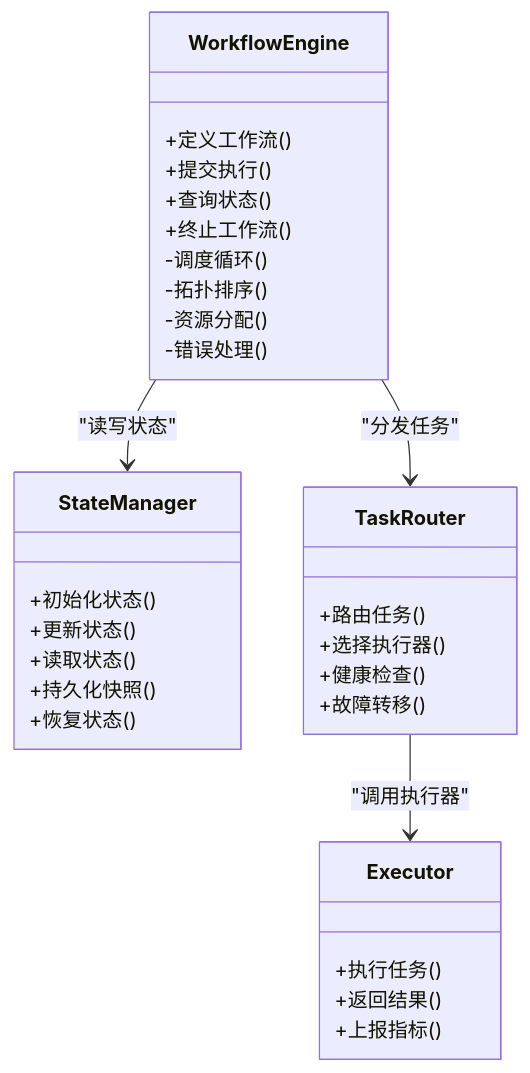
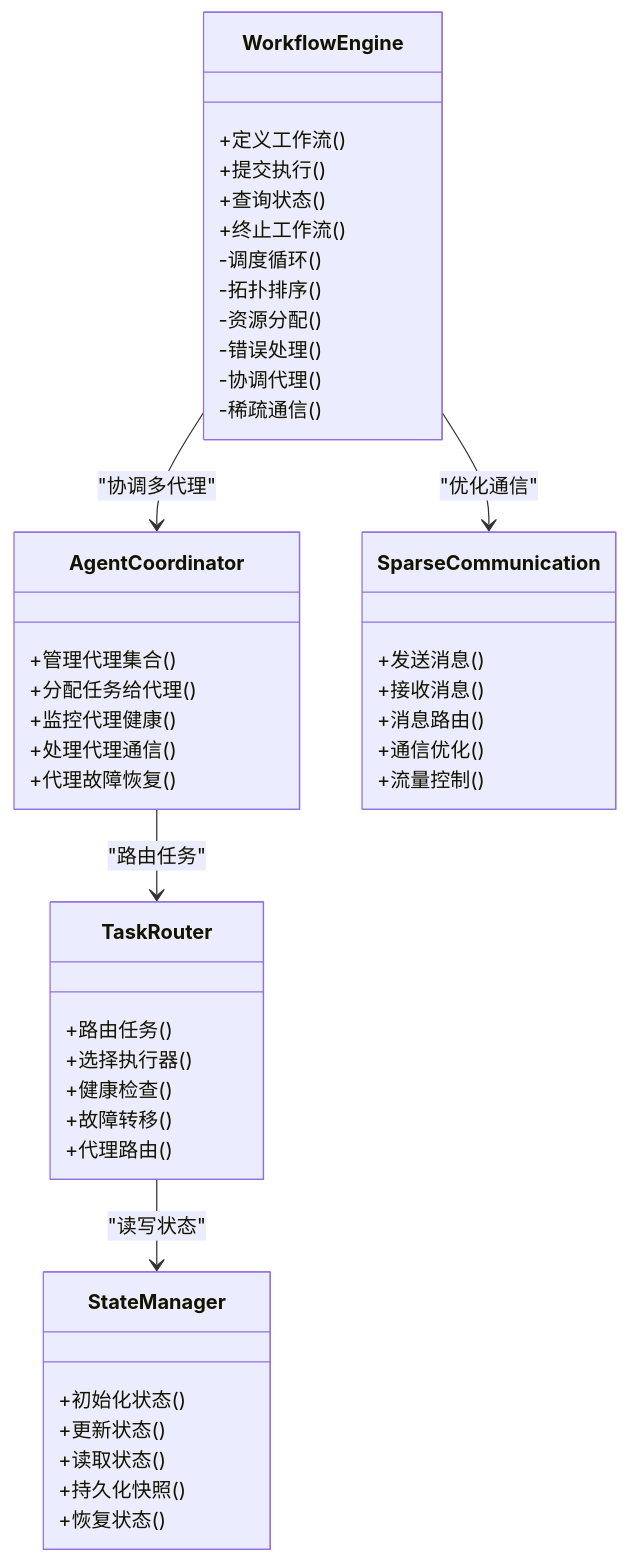
The third of 6 diagrams in .qoder/repowiki/zh/content/核心架构/工作流引擎.md (QuStarry/VIB-SparseCommunication), drawn with Mermaid before and after one commit. The commit also changed other lines of this file and 28 other files, not shown here.

````diff
--- a/.qoder/repowiki/zh/content/核心架构/工作流引擎.md
+++ b/.qoder/repowiki/zh/content/核心架构/工作流引擎.md
@@ -208,34 +252,47 @@
 ```mermaid
 classDiagram
 class WorkflowEngine {
 +定义工作流()
 +提交执行()
 +查询状态()
 +终止工作流()
 -调度循环()
 -拓扑排序()
 -资源分配()
 -错误处理()
+-协调代理()
+-稀疏通信()
+}
+class AgentCoordinator {
++管理代理集合()
++分配任务给代理()
++监控代理健康()
++处理代理通信()
++代理故障恢复()
+}
+class SparseCommunication {
++发送消息()
++接收消息()
++消息路由()
++通信优化()
++流量控制()
 }
 class StateManager {
 +初始化状态()
 +更新状态()
 +读取状态()
 +持久化快照()
 +恢复状态()
 }
 class TaskRouter {
 +路由任务()
 +选择执行器()
 +健康检查()
 +故障转移()
++代理路由()
 }
-class Executor {
-+执行任务()
-+返回结果()
-+上报指标()
-}
-WorkflowEngine --> StateManager : "读写状态"
-WorkflowEngine --> TaskRouter : "分发任务"
-TaskRouter --> Executor : "调用执行器"
+WorkflowEngine --> AgentCoordinator : "协调多代理"
+WorkflowEngine --> SparseCommunication : "优化通信"
+AgentCoordinator --> TaskRouter : "路由任务"
+TaskRouter --> StateManager : "读写状态"
 ```
````
